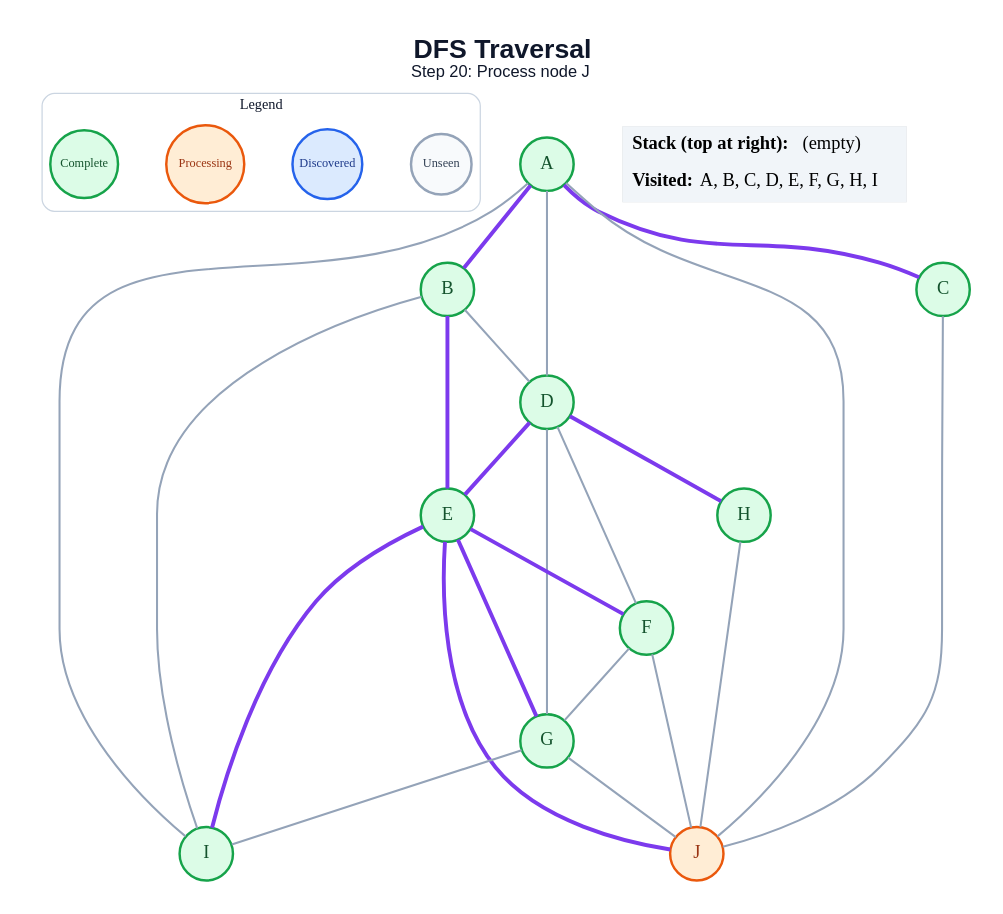
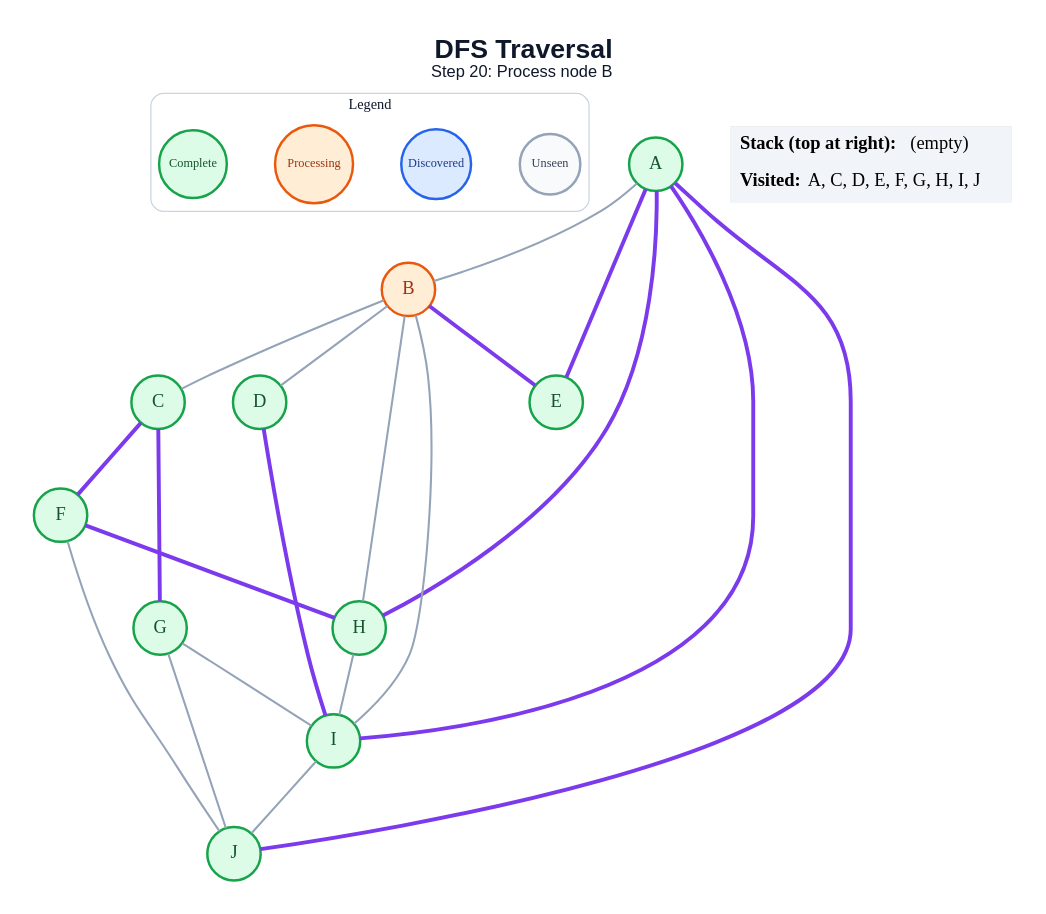
Before and after one commit to amanghodawala9/ai-slop: the diagram in generated/specific-node/dfs/step_20.dot, drawn with Graphviz. The commit also changed 178 other files, not shown here.

```diff
--- a/generated/specific-node/dfs/step_20.dot
+++ b/generated/specific-node/dfs/step_20.dot
@@ -1,51 +1,48 @@
 graph traversal {
   graph [layout=dot, rankdir=TB, bgcolor="#FFFFFF", pad="0.35", nodesep="0.65", ranksep="0.8", fontname="Arial"];
   node [shape=circle, style="filled", fontname="Arial Bold", fontsize=18, width=0.72, fixedsize=true, penwidth=2.4];
   edge [color="#94A3B8", penwidth=2.0];
-  label=<<B>DFS Traversal</B><BR/><FONT POINT-SIZE="16">Step 20: Process node J</FONT>>; labelloc="t"; fontsize=26; fontname="Arial"; fontcolor="#0F172A";
+  label=<<B>DFS Traversal</B><BR/><FONT POINT-SIZE="16">Step 20: Process node B</FONT>>; labelloc="t"; fontsize=26; fontname="Arial"; fontcolor="#0F172A";
   subgraph cluster_legend { label="Legend"; color="#CBD5E1"; penwidth=1.2; style="rounded"; fontsize=14; fontname="Arial Bold";
     key_unseen [label="Unseen", fillcolor="#F8FAFC", color="#94A3B8", fontcolor="#334155", fontsize=12, width=0.82];
     key_frontier [label="Discovered", fillcolor="#DBEAFE", color="#2563EB", fontcolor="#1E3A8A", fontsize=12, width=0.95];
     key_current [label="Processing", fillcolor="#FFEDD5", color="#EA580C", fontcolor="#9A3412", fontsize=12, width=1.05];
     key_done [label="Complete", fillcolor="#DCFCE7", color="#16A34A", fontcolor="#14532D", fontsize=12, width=0.92];
     { rank=same; key_unseen; key_frontier; key_current; key_done; }
   }
   A [fillcolor="#DCFCE7", color="#16A34A", fontcolor="#14532D"];
-  B [fillcolor="#DCFCE7", color="#16A34A", fontcolor="#14532D"];
+  B [fillcolor="#FFEDD5", color="#EA580C", fontcolor="#9A3412"];
   C [fillcolor="#DCFCE7", color="#16A34A", fontcolor="#14532D"];
   D [fillcolor="#DCFCE7", color="#16A34A", fontcolor="#14532D"];
   E [fillcolor="#DCFCE7", color="#16A34A", fontcolor="#14532D"];
   F [fillcolor="#DCFCE7", color="#16A34A", fontcolor="#14532D"];
   G [fillcolor="#DCFCE7", color="#16A34A", fontcolor="#14532D"];
   H [fillcolor="#DCFCE7", color="#16A34A", fontcolor="#14532D"];
   I [fillcolor="#DCFCE7", color="#16A34A", fontcolor="#14532D"];
-  J [fillcolor="#FFEDD5", color="#EA580C", fontcolor="#9A3412"];
-  A -- B [color="#7C3AED", penwidth=3.8];
-  A -- C [color="#7C3AED", penwidth=3.8];
-  A -- D;
-  A -- I;
-  A -- J;
+  J [fillcolor="#DCFCE7", color="#16A34A", fontcolor="#14532D"];
+  A -- B;
+  A -- E [color="#7C3AED", penwidth=3.8];
+  A -- H [color="#7C3AED", penwidth=3.8];
+  A -- I [color="#7C3AED", penwidth=3.8];
+  A -- J [color="#7C3AED", penwidth=3.8];
+  B -- C;
   B -- D;
   B -- E [color="#7C3AED", penwidth=3.8];
+  B -- H;
   B -- I;
-  C -- J;
-  D -- E [color="#7C3AED", penwidth=3.8];
-  D -- F;
-  D -- G;
-  D -- H [color="#7C3AED", penwidth=3.8];
-  E -- F [color="#7C3AED", penwidth=3.8];
-  E -- G [color="#7C3AED", penwidth=3.8];
-  E -- I [color="#7C3AED", penwidth=3.8];
-  E -- J [color="#7C3AED", penwidth=3.8];
-  F -- G;
+  C -- F [color="#7C3AED", penwidth=3.8];
+  C -- G [color="#7C3AED", penwidth=3.8];
+  D -- I [color="#7C3AED", penwidth=3.8];
+  F -- H [color="#7C3AED", penwidth=3.8];
   F -- J;
   G -- I;
   G -- J;
-  H -- J;
+  H -- I;
+  I -- J;
   status [shape=plain, fixedsize=false, width=0, height=0, margin=0, label=<
     <TABLE BORDER="0" CELLBORDER="0" CELLPADDING="7" BGCOLOR="#F1F5F9">
       <TR><TD ALIGN="LEFT"><B>Stack (top at right):</B> (empty)</TD></TR>
-      <TR><TD ALIGN="LEFT"><B>Visited:</B> A, B, C, D, E, F, G, H, I</TD></TR>
+      <TR><TD ALIGN="LEFT"><B>Visited:</B> A, C, D, E, F, G, H, I, J</TD></TR>
     </TABLE>
   >];
 }
```
